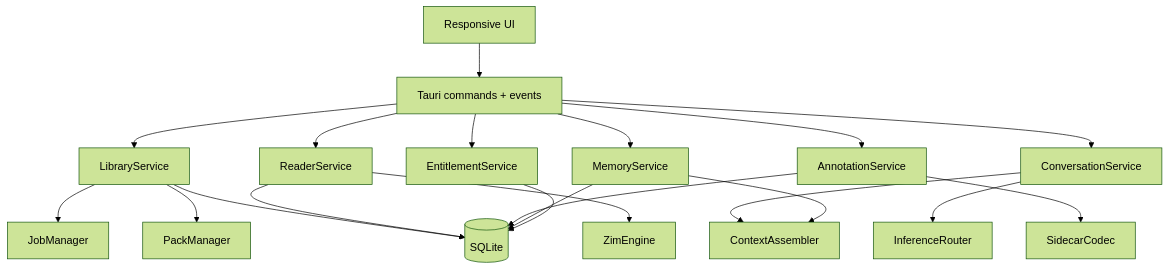
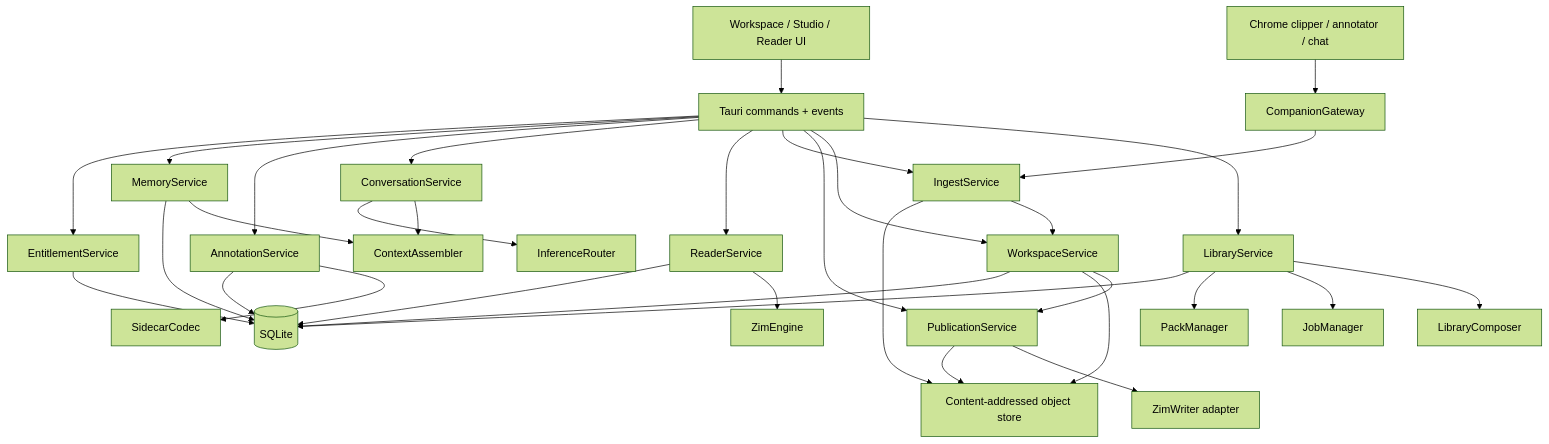
One commit to rebots-online/EnZIME changed the second of 10 diagrams in DOCS/REBOOT/ARCHITECTURE.md. Above: the diagram before and after it, drawn with Mermaid (forest theme). The commit also changed other lines of this file, not shown here.

Commit message:
docs(reboot): add workspace clipper composer and donor airlock architecture

````diff
--- a/DOCS/REBOOT/ARCHITECTURE.md
+++ b/DOCS/REBOOT/ARCHITECTURE.md
@@ -78,24 +99,37 @@
 ```mermaid
 flowchart TD
-    UI["Responsive UI"] --> CMD["Tauri commands + events"]
+    CLIP["Chrome clipper / annotator / chat"] --> GATE["CompanionGateway"]
+    UI["Workspace / Studio / Reader UI"] --> CMD["Tauri commands + events"]
+    GATE --> INGEST["IngestService"]
     CMD --> LIB["LibraryService"]
+    CMD --> WORK["WorkspaceService"]
+    CMD --> PUB["PublicationService"]
+    CMD --> INGEST
     CMD --> READ["ReaderService"]
     CMD --> ASK["ConversationService"]
     CMD --> NOTE["AnnotationService"]
     CMD --> MEM["MemoryService"]
     CMD --> ENT["EntitlementService"]
 
+    LIB --> COMPOSE["LibraryComposer"]
     LIB --> JOB["JobManager"]
     LIB --> PACK["PackManager"]
+    INGEST --> WORK
+    WORK --> PUB
+    PUB --> ZWRITE["ZimWriter adapter"]
     READ --> ZIM["ZimEngine"]
     ASK --> RET["ContextAssembler"]
     ASK --> INF["InferenceRouter"]
     NOTE --> SIDE["SidecarCodec"]
     MEM --> RET
 
-    LIB --> DB[("SQLite")]
+    WORK --> CAS["Content-addressed object store"]
+    WORK --> DB[("SQLite")]
+    INGEST --> CAS
+    PUB --> CAS
+    LIB --> DB
     READ --> DB
     NOTE --> DB
     MEM --> DB
     ENT --> DB
 ```
````
